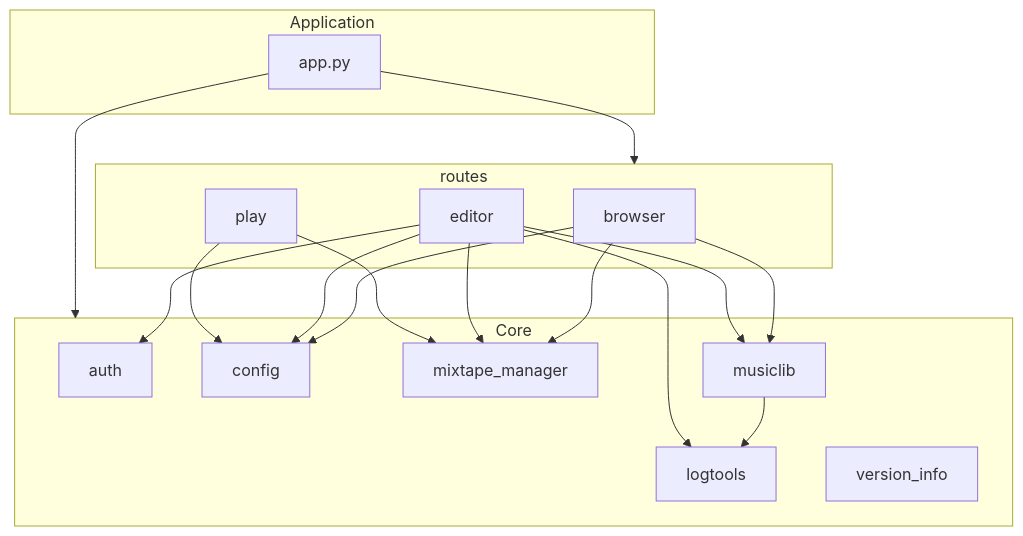
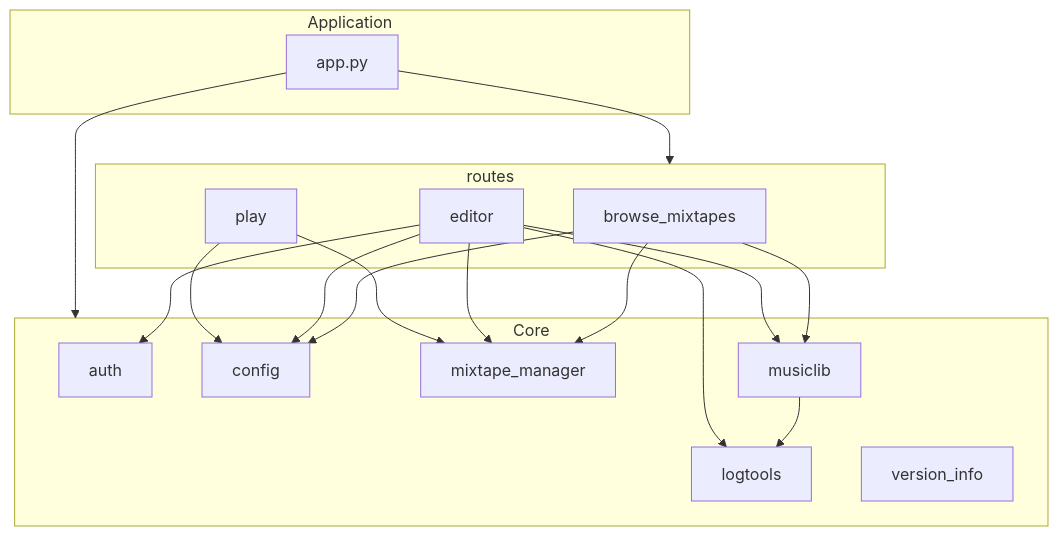
The diagram in docs/development/project_modules.md (mark-me/mixtape-society), drawn with Mermaid before and after one commit. The commit also changed other lines of this file, not shown here.

Commit message:
Fix module name in documentation

````diff
--- a/docs/development/project_modules.md
+++ b/docs/development/project_modules.md
@@ -41,39 +41,39 @@
 ```mermaid
 graph TD
     subgraph Application
         app.py
     end
 
     subgraph Core
         auth
         config
         logtools
         mixtape_manager
         musiclib
         version_info
     end
 
     subgraph routes
-        browser
+        browse_mixtapes
         editor
         play
     end
 
     app.py --> Core
     app.py --> routes
 
     musiclib --> logtools
 
-    browser --> mixtape_manager
-    browser --> config
-    browser --> musiclib
+    browse_mixtapes --> mixtape_manager
+    browse_mixtapes --> config
+    browse_mixtapes --> musiclib
 
     editor --> mixtape_manager
     editor --> auth
     editor --> config
     editor --> logtools
     editor --> musiclib
 
     play --> mixtape_manager
     play --> config
 ```
````
